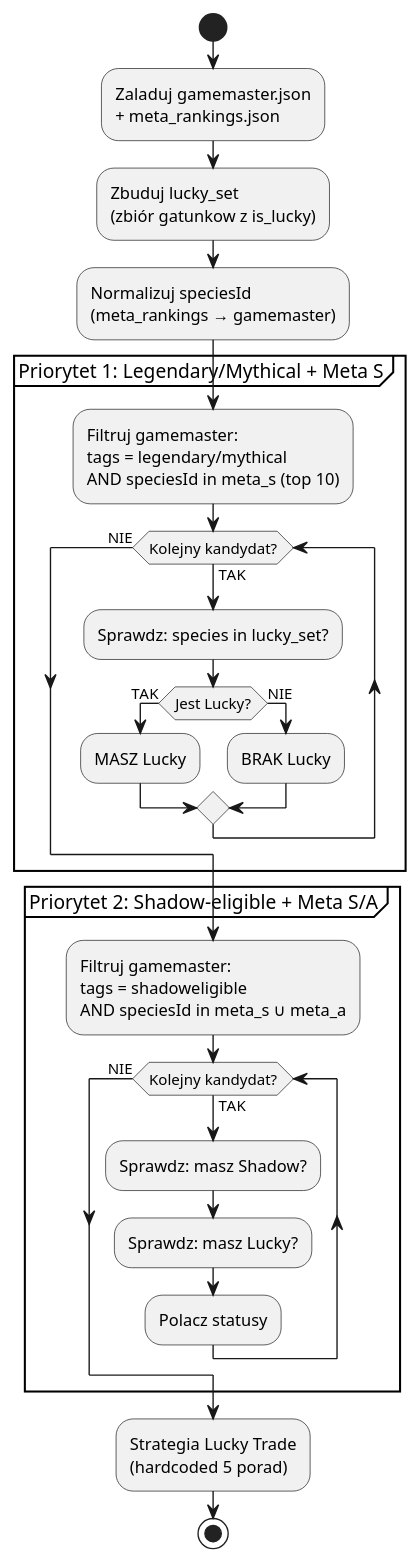
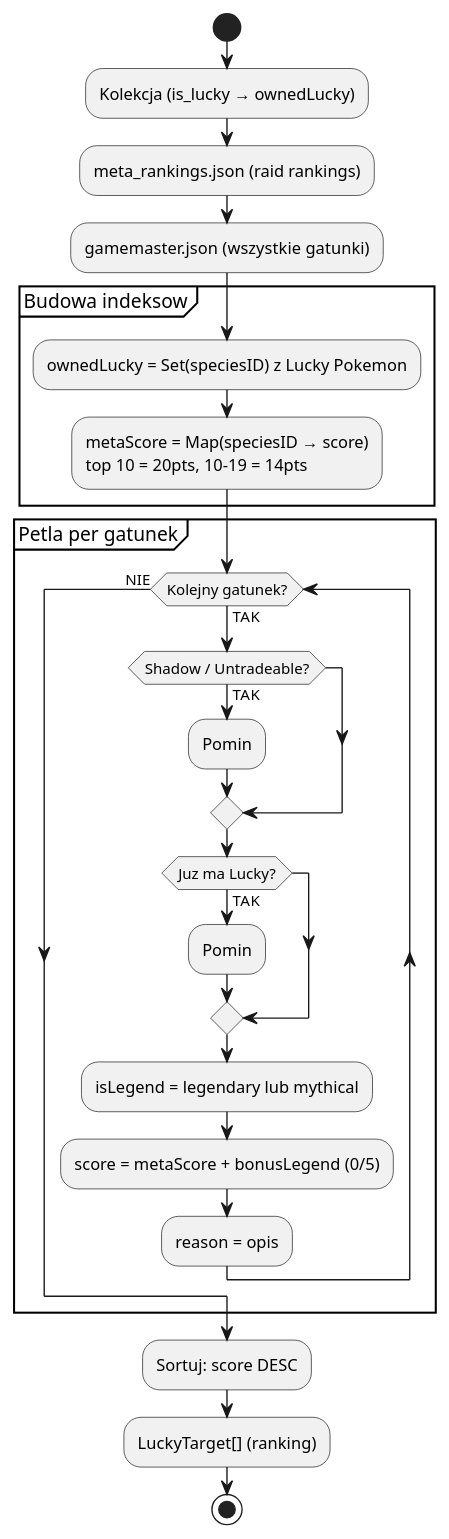
Before and after one commit to Adzikus/pokemon-go-analizer: the eighth of 11 diagrams in docs/05-analiza.md, drawn with PlantUML. The commit also changed other lines of this file and 8 other files, not shown here.

````diff
--- a/docs/05-analiza.md
+++ b/docs/05-analiza.md
@@ -1495,48 +1501,37 @@
 ```plantuml
 @startuml
 
 start
 
-:Zaladuj gamemaster.json
-+ meta_rankings.json;
+:Kolekcja (is_lucky → ownedLucky);
+:meta_rankings.json (raid rankings);
+:gamemaster.json (wszystkie gatunki);
 
-:Zbuduj lucky_set
-(zbiór gatunkow z is_lucky);
+partition "Budowa indeksow" {
+    :ownedLucky = Set(speciesID) z Lucky Pokemon;
+    :metaScore = Map(speciesID → score)
+    top 10 = 20pts, 10-19 = 14pts;
+}
 
-:Normalizuj speciesId
-(meta_rankings → gamemaster);
-
-partition "Priorytet 1: Legendary/Mythical + Meta S" {
-    :Filtruj gamemaster:
-    tags = legendary/mythical
-    AND speciesId in meta_s (top 10);
-    
-    while (Kolejny kandydat?) is (TAK)
-        :Sprawdz: species in lucky_set?;
-        if (Jest Lucky?) then (TAK)
-            :MASZ Lucky;
-        else (NIE)
-            :BRAK Lucky;
+partition "Petla per gatunek" {
+    while (Kolejny gatunek?) is (TAK)
+        if (Shadow / Untradeable?) then (TAK)
+            :Pomin;
         endif
+        if (Juz ma Lucky?) then (TAK)
+            :Pomin;
+        endif
+        :isLegend = legendary lub mythical;
+        :score = metaScore + bonusLegend (0/5);
+        :reason = opis;
     endwhile (NIE)
 }
 
-partition "Priorytet 2: Shadow-eligible + Meta S/A" {
-    :Filtruj gamemaster:
-    tags = shadoweligible
-    AND speciesId in meta_s ∪ meta_a;
-    
-    while (Kolejny kandydat?) is (TAK)
-        :Sprawdz: masz Shadow?;
-        :Sprawdz: masz Lucky?;
-        :Polacz statusy;
-    endwhile (NIE)
-}
+:Sortuj: score DESC;
 
-:Strategia Lucky Trade
-(hardcoded 5 porad);
+:LuckyTarget[] (ranking);
 
 stop
 
 @enduml
 ```
````
